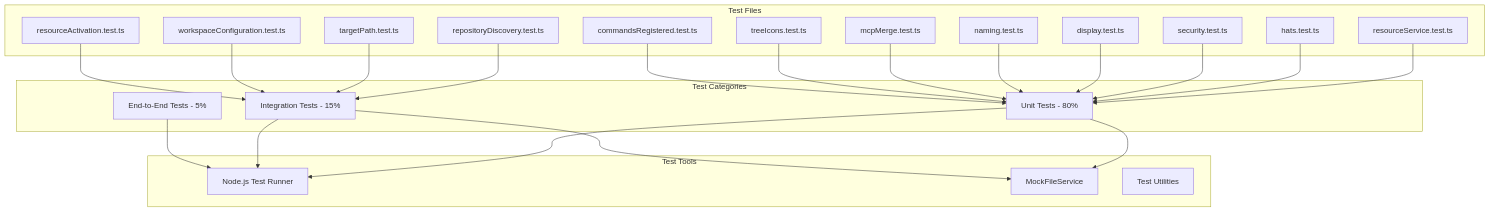
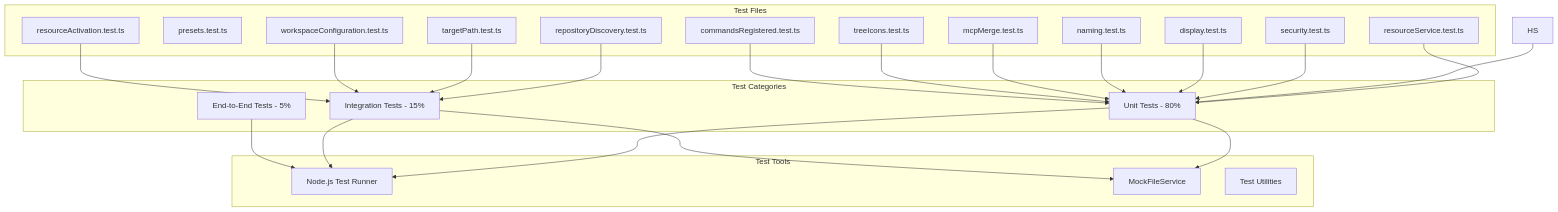
Before and after one commit to microsoft/ContextShare: the ninth of 10 diagrams in SOFTWARE_ARCHITECTURE_SPECIFICATION.md, drawn with Mermaid. The commit also changed other lines of this file and 1 other file, not shown here.

Commit message:
Complete terminology update: all documentation and architecture specs updated Hat→Preset

````diff
--- a/SOFTWARE_ARCHITECTURE_SPECIFICATION.md
+++ b/SOFTWARE_ARCHITECTURE_SPECIFICATION.md
@@ -1090,48 +1090,48 @@
 ```mermaid
 graph TD
     subgraph "Test Categories"
         UT[Unit Tests - 80%]
         IT[Integration Tests - 15%]
         E2E[End-to-End Tests - 5%]
     end
     
     subgraph "Test Tools"
         Node[Node.js Test Runner]
         Mock[MockFileService]
         TestUtils[Test Utilities]
     end
     
     subgraph "Test Files"
         RS[resourceService.test.ts]
-        HS[hats.test.ts]
+        PS[presets.test.ts]
         SEC[security.test.ts]
         DIS[display.test.ts]
         NAM[naming.test.ts]
         MCP[mcpMerge.test.ts]
         TREE[treeIcons.test.ts]
         CMD[commandsRegistered.test.ts]
         REPO[repositoryDiscovery.test.ts]
         TARGET[targetPath.test.ts]
         WS[workspaceConfiguration.test.ts]
         ACT[resourceActivation.test.ts]
     end
     
     UT --> Node
     UT --> Mock
     IT --> Node
     IT --> Mock
     E2E --> Node
     
     RS --> UT
     HS --> UT
     SEC --> UT
     DIS --> UT
     NAM --> UT
     MCP --> UT
     TREE --> UT
     CMD --> UT
     REPO --> IT
     TARGET --> IT
     WS --> IT
     ACT --> IT
 ```
````
